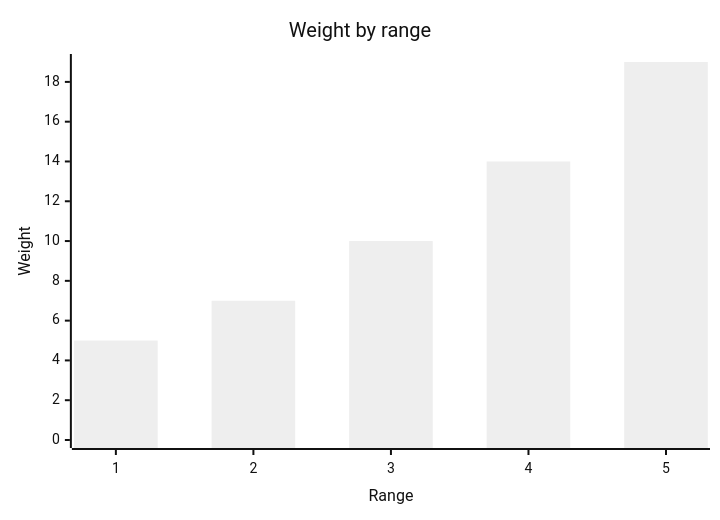
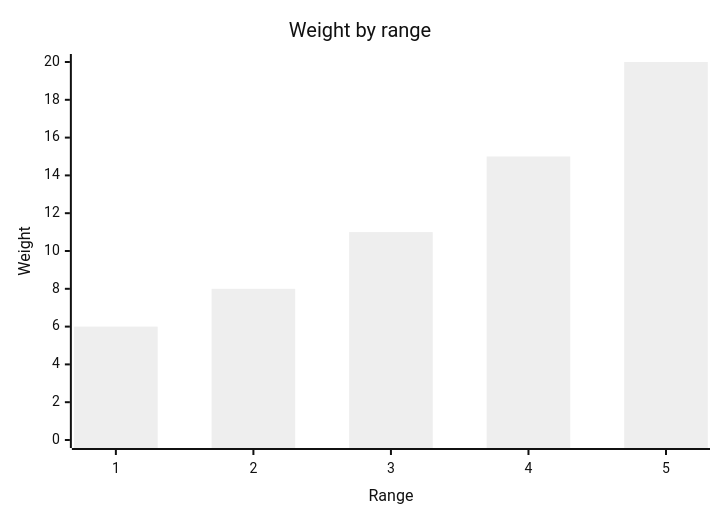
The seventh of 10 diagrams in README.md (kilfour/SharpBotz), drawn with Mermaid (neutral theme) before and after one commit. The commit also changed other lines of this file and 4 other files, not shown here.

````diff
--- a/README.md
+++ b/README.md
@@ -242,7 +243,7 @@
 ```mermaid
 xychart-beta
     title "Weight by range"
     x-axis "Range" [1, 2, 3, 4, 5]
-    y-axis "Weight" 0 --> 19
-    bar [5, 7, 10, 14, 19]
+    y-axis "Weight" 0 --> 20
+    bar [6, 8, 11, 15, 20]
 ```
````
